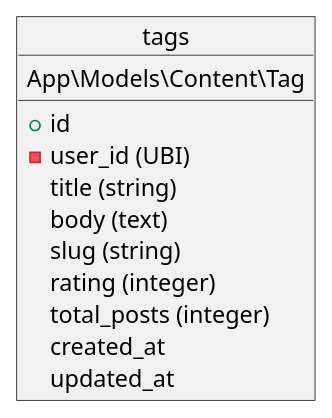
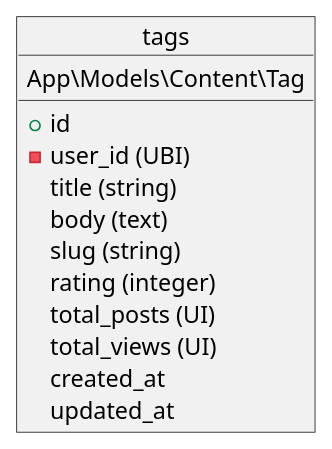
Before and after one commit to fesh-biz/7dab: the diagram in info/database/tables/content/tags.puml, drawn with PlantUML. The commit also changed 26 other files, not shown here.

```diff
--- a/info/database/tables/content/tags.puml
+++ b/info/database/tables/content/tags.puml
@@ -1,17 +1,18 @@
 @startuml
 object tags {
     App\Models\Content\Tag
     __
     + id
     - user_id (UBI)
 
     title (string)
     body (text)
     slug (string)
     rating (integer)
-    total_posts (integer)
+    total_posts (UI)
+    total_views (UI)
 
     created_at
     updated_at
 }
 @enduml
```
